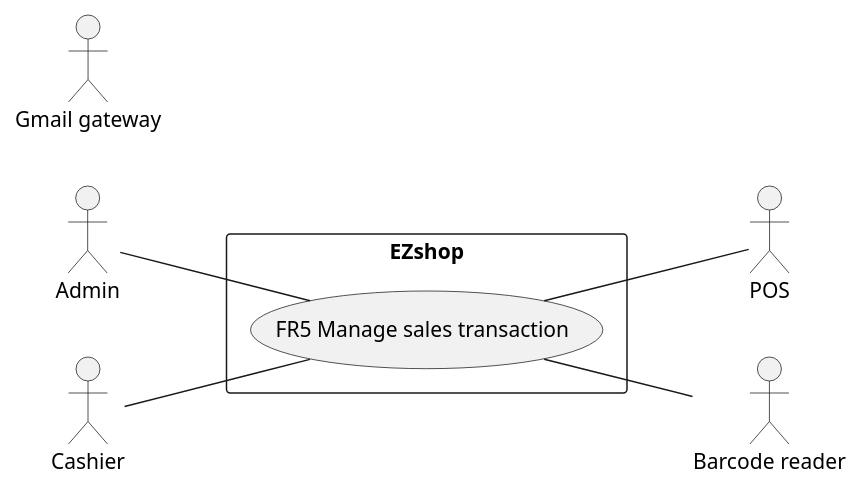
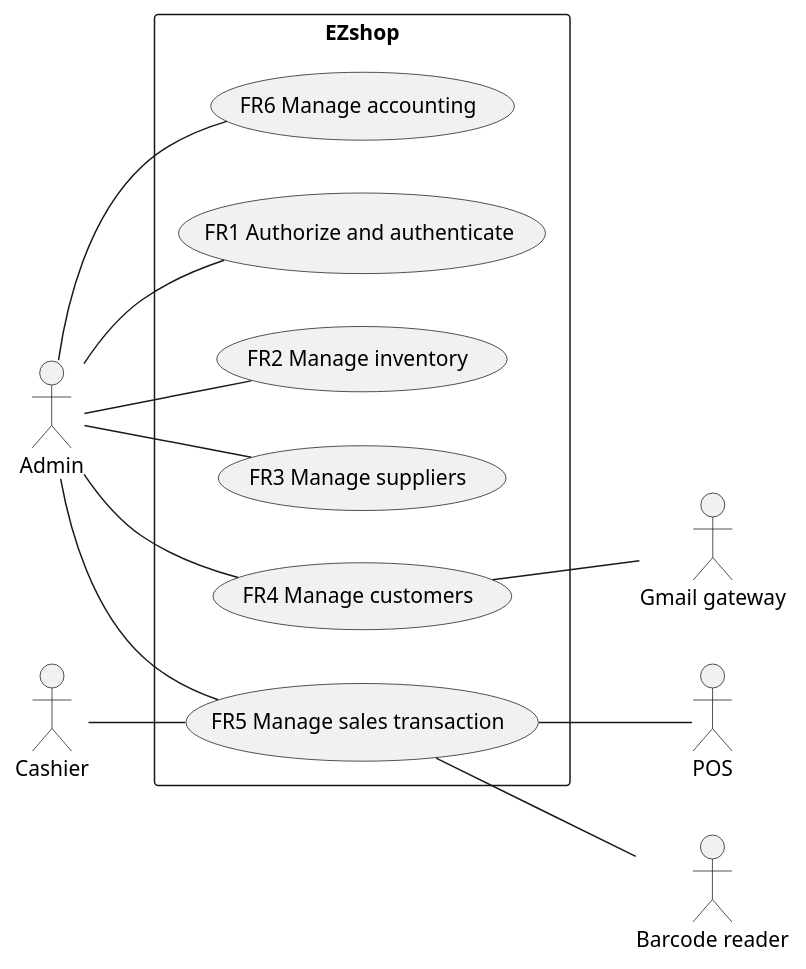
One commit to giuseppesalvi/ezshop changed the second of 2 diagrams in Deliverables/RequirementsDocument.md. Above: the diagram before and after it, drawn with PlantUML.

Commit message:
Update RequirementsDocument.md with Use case diagram

````diff
--- a/Deliverables/RequirementsDocument.md
+++ b/Deliverables/RequirementsDocument.md
@@ -168,20 +168,25 @@
 ```plantuml
 left to right direction
 
 actor Admin
 actor Cashier
 actor POS
 actor "Barcode reader"
 actor "Gmail gateway"
 
 rectangle EZshop {
-Admin -- (FR5 Manage sales transaction)
+  Admin -- (FR1 Authorize and authenticate)
+  Admin -- (FR2 Manage inventory)
+  Admin -- (FR3 Manage suppliers)
+  Admin -- (FR4 Manage customers)
+  Admin -- (FR5 Manage sales transaction)
+  Admin -- (FR6 Manage accounting)
   Cashier -- (FR5 Manage sales transaction)
+  (FR4 Manage customers) -- :Gmail gateway:
   (FR5 Manage sales transaction) -- :POS:
   (FR5 Manage sales transaction) -- :Barcode reader:
-
   
 
 }
 
 ```
````
